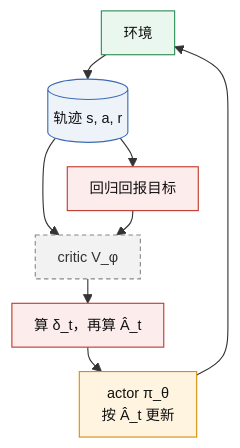
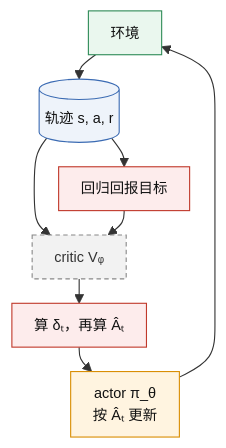
One commit to xiachenfeng/openai-innovation-learning changed diagram 21 of 22 in knowledge/B-alignment/B1-ppo-human-preferences-2017.md. Above: the diagram before and after it, drawn with Mermaid. The commit also changed other lines of this file and 3 other files, not shown here.

````diff
--- a/knowledge/B-alignment/B1-ppo-human-preferences-2017.md
+++ b/knowledge/B-alignment/B1-ppo-human-preferences-2017.md
@@ -956,16 +956,16 @@
 ```mermaid
 %%{init: {"flowchart": {"nodeSpacing": 24, "rankSpacing": 22, "padding": 10}, "themeVariables": {"fontSize": "13px"}}}%%
 flowchart TB
   ENV["环境"]:::human --> TR[("轨迹 s, a, r")]:::data
-  TR --> CR["critic V_φ"]:::frozen
-  CR --> DL["算 δ_t，再算 Â_t"]:::loss
-  DL --> AC["actor π_θ<br/>按 Â_t 更新"]:::model
+  TR --> CR["critic Vᵩ"]:::frozen
+  CR --> DL["算 δₜ，再算 Âₜ"]:::loss
+  DL --> AC["actor π_θ<br/>按 Âₜ 更新"]:::model
   TR --> FIT["回归回报目标"]:::loss
   FIT --> CR
   AC --> ENV
   classDef data  fill:#EEF3FA,stroke:#3B6BB3,color:#111
   classDef model fill:#FFF4E0,stroke:#D98E04,color:#111
   classDef frozen fill:#F2F2F2,stroke:#888,color:#333,stroke-dasharray:4 3
   classDef loss  fill:#FDECEC,stroke:#C0392B,color:#111
   classDef human fill:#EAF7EE,stroke:#2E8B57,color:#111
 ```
````
